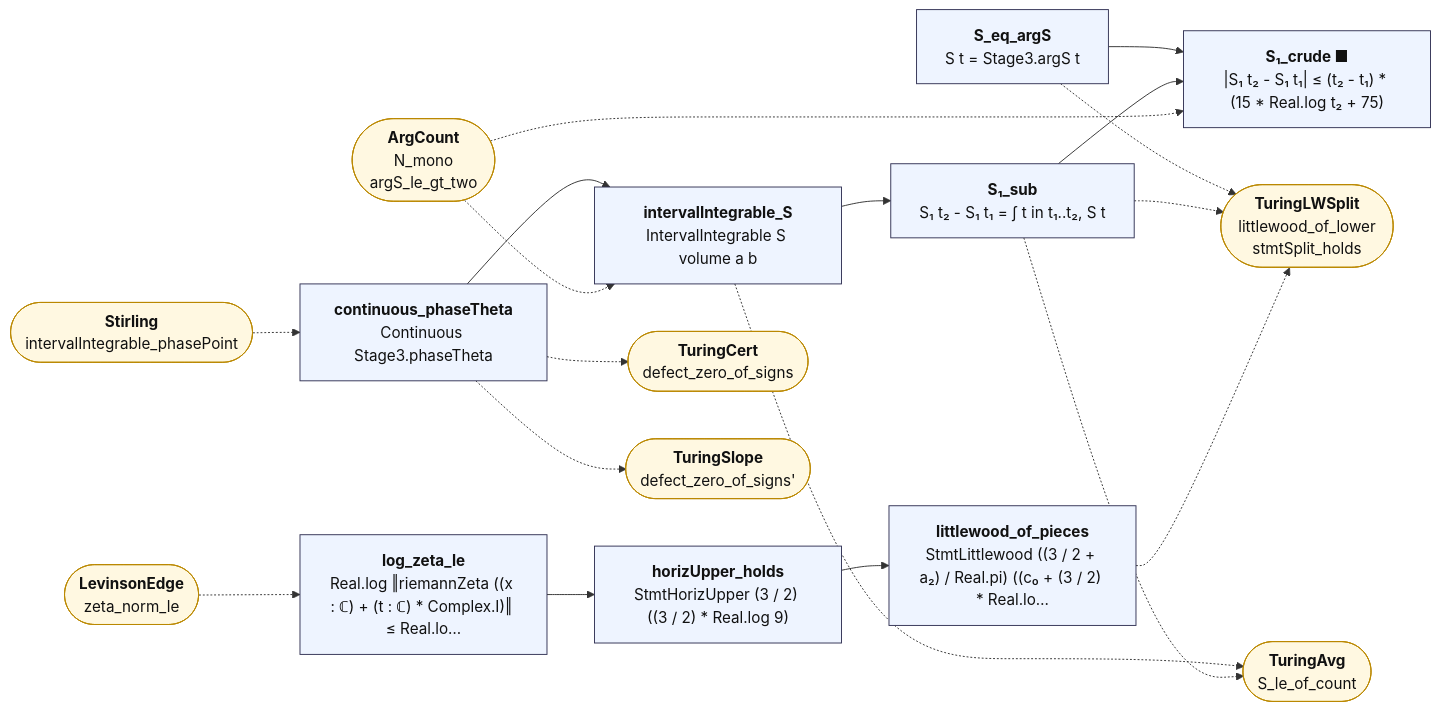
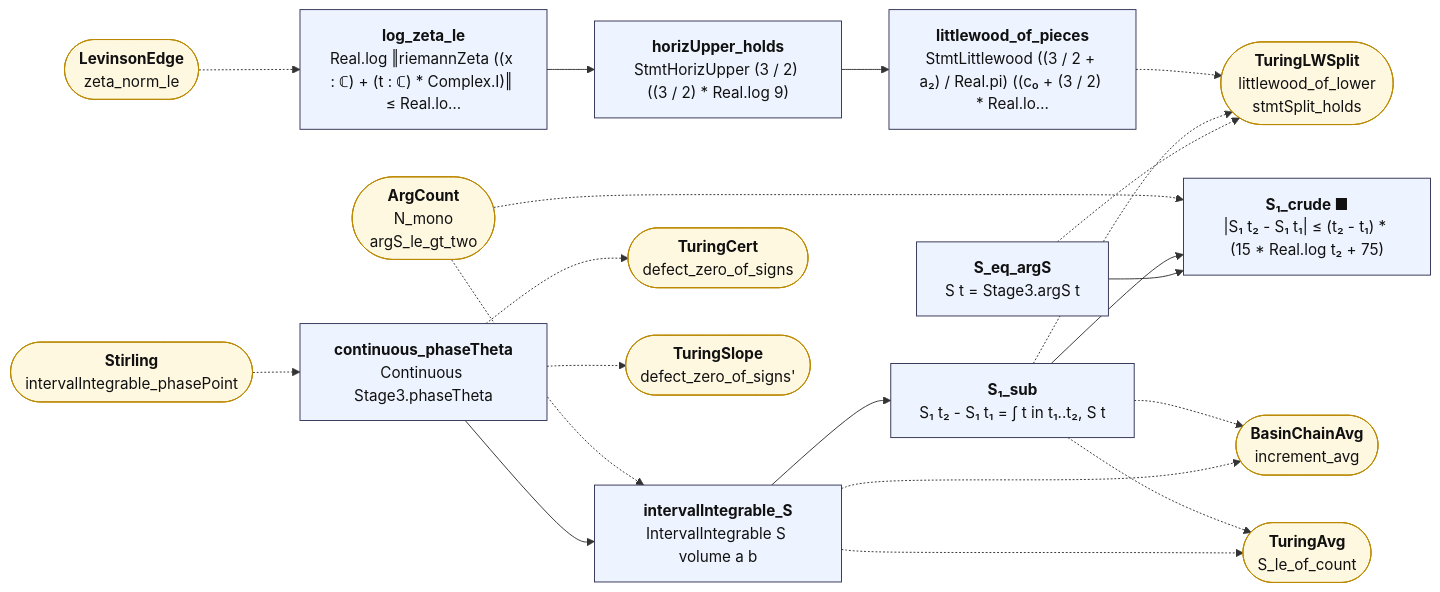
The diagram in map/lean_stage3/TuringS.md (juliansambranojr/Primebeat_081426), drawn with Mermaid before and after one commit. The commit also changed other lines of this file and 60 other files, not shown here.

````diff
--- a/map/lean_stage3/TuringS.md
+++ b/map/lean_stage3/TuringS.md
@@ -14,43 +14,46 @@
 ```mermaid
 flowchart LR
   n0["<b>S_eq_argS</b><br/>S t = Stage3.argS t"]:::thm
   n1["<b>continuous_phaseTheta</b><br/>Continuous Stage3.phaseTheta"]:::thm
   n2["<b>intervalIntegrable_S</b><br/>IntervalIntegrable S volume a b"]:::thm
   n3["<b>S₁_sub</b><br/>S₁ t₂ - S₁ t₁ = ∫ t in t₁..t₂, S t"]:::thm
   n4["<b>S₁_crude ■</b><br/>|S₁ t₂ - S₁ t₁| ≤ (t₂ - t₁) * (15 * Real.log t₂ + 75)"]:::thm
   n5["<b>log_zeta_le</b><br/>Real.log ‖riemannZeta ((x : ℂ) + (t : ℂ) * Complex.I)‖ ≤ Real.lo…"]:::thm
   n6["<b>horizUpper_holds</b><br/>StmtHorizUpper (3 / 2) ((3 / 2) * Real.log 9)"]:::thm
   n7["<b>littlewood_of_pieces</b><br/>StmtLittlewood ((3 / 2 + a₂) / Real.pi) ((c₀ + (3 / 2) * Real.lo…"]:::thm
   x0(["<b>TuringLWSplit</b><br/>littlewood_of_lower<br/>stmtSplit_holds"]):::ext
   x1(["<b>Stirling</b><br/>intervalIntegrable_phasePoint"]):::ext
   x2(["<b>TuringCert</b><br/>defect_zero_of_signs"]):::ext
   x3(["<b>TuringSlope</b><br/>defect_zero_of_signs'"]):::ext
   x4(["<b>ArgCount</b><br/>N_mono<br/>argS_le_gt_two"]):::ext
-  x5(["<b>TuringAvg</b><br/>S_le_of_count"]):::ext
-  x6(["<b>LevinsonEdge</b><br/>zeta_norm_le"]):::ext
+  x5(["<b>BasinChainAvg</b><br/>increment_avg"]):::ext
+  x6(["<b>TuringAvg</b><br/>S_le_of_count"]):::ext
+  x7(["<b>LevinsonEdge</b><br/>zeta_norm_le"]):::ext
   n0 --> n4
   n1 --> n2
   n2 --> n3
   n3 --> n4
   n5 --> n6
   n6 --> n7
   n0 -.-> x0
   n1 -.-> x2
   n1 -.-> x3
   n2 -.-> x5
+  n2 -.-> x6
   n3 -.-> x0
   n3 -.-> x5
+  n3 -.-> x6
   n7 -.-> x0
   x1 -.-> n1
   x4 -.-> n2
   x4 -.-> n4
-  x6 -.-> n5
+  x7 -.-> n5
   classDef cnt fill:#dff5ec,stroke:#17694a,color:#111
   classDef shp fill:#f1ecfb,stroke:#5b3fa0,color:#111
   classDef rh fill:#ffe5e5,stroke:#c22,color:#111,stroke-width:2px
   classDef thm fill:#eef4ff,stroke:#335,color:#111
   classDef end_ fill:#e7f7e7,stroke:#2a7,color:#111,stroke-width:2px
   classDef lone fill:#fff,stroke:#999,color:#111,stroke-dasharray:4 3
   classDef bad fill:#ffe5e5,stroke:#c22,color:#111,stroke-width:2px
   classDef ext fill:#fff8e1,stroke:#b80,color:#111
 ```
````
